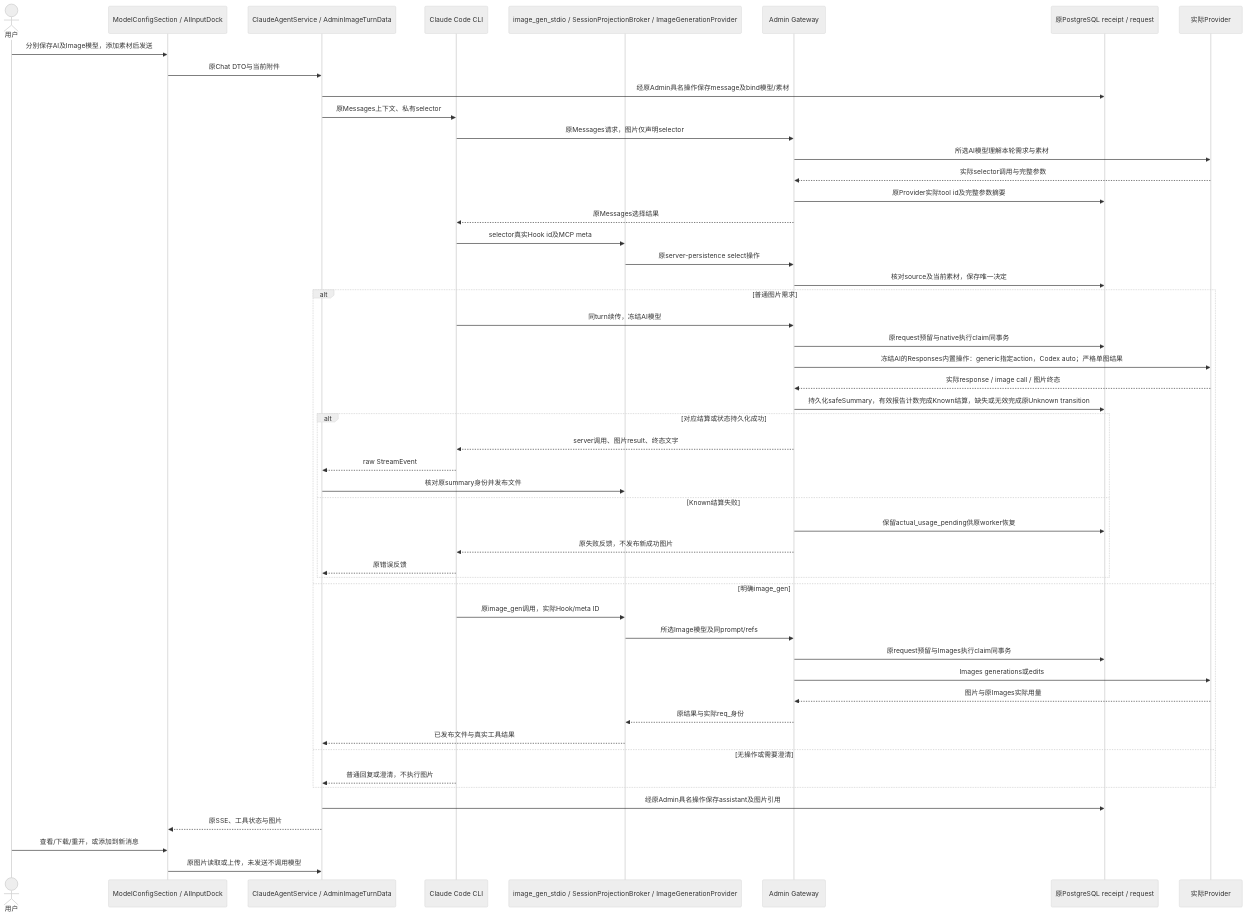
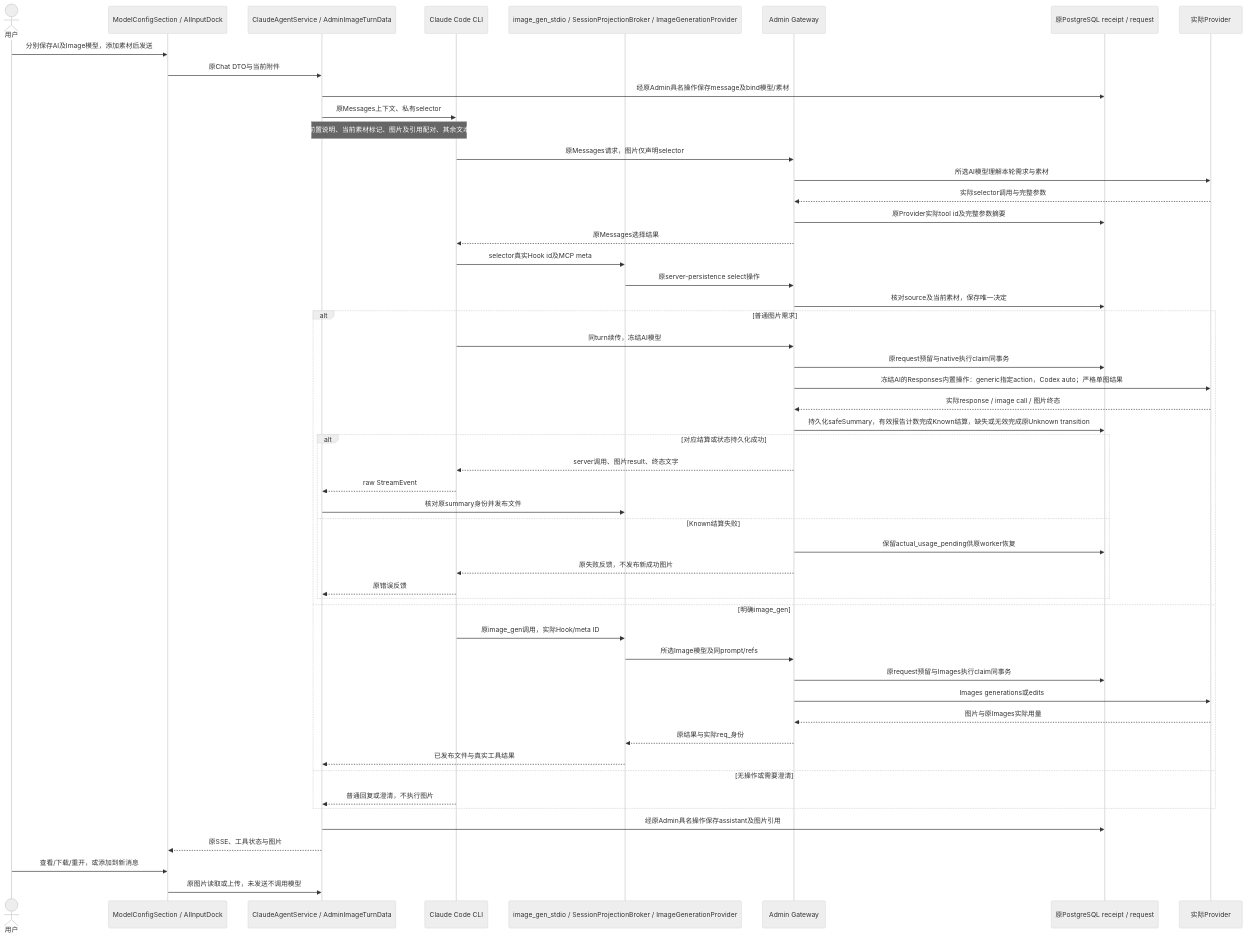
Before and after one commit to glide-the/im-dream: the fourth of 25 diagrams in docs/design/claude-agent/image-model-call-division.md, drawn with Mermaid (neutral theme). The commit also changed other lines of this file and 157 other files, not shown here.

````diff
--- a/docs/design/claude-agent/image-model-call-division.md
+++ b/docs/design/claude-agent/image-model-call-division.md
@@ -139,53 +142,54 @@
 ```mermaid
 sequenceDiagram
     actor U as 用户
     participant F as ModelConfigSection / AIInputDock
     participant S as ClaudeAgentService / AdminImageTurnData
     participant C as Claude Code CLI
     participant M as image_gen_stdio / SessionProjectionBroker / ImageGenerationProvider
     participant G as Admin Gateway
     participant D as 原PostgreSQL receipt / request
     participant P as 实际Provider
     U->>F: 分别保存AI及Image模型，添加素材后发送
     F->>S: 原Chat DTO与当前附件
     S->>D: 经原Admin具名操作保存message及bind模型/素材
     S->>C: 原Messages上下文、私有selector
+    Note over S,C: 前置说明、当前素材标记、图片及引用配对、其余文本
     C->>G: 原Messages请求，图片仅声明selector
     G->>P: 所选AI模型理解本轮需求与素材
     P-->>G: 实际selector调用与完整参数
     G->>D: 原Provider实际tool id及完整参数摘要
     G-->>C: 原Messages选择结果
     C->>M: selector真实Hook id及MCP meta
     M->>G: 原server-persistence select操作
     G->>D: 核对source及当前素材，保存唯一决定
     alt 普通图片需求
         C->>G: 同turn续传，冻结AI模型
         G->>D: 原request预留与native执行claim同事务
         G->>P: 冻结AI的Responses内置操作：generic指定action，Codex auto；严格单图结果
         P-->>G: 实际response / image call / 图片终态
         G->>D: 持久化safeSummary，有效报告计数完成Known结算，缺失或无效完成原Unknown transition
         alt 对应结算或状态持久化成功
             G-->>C: server调用、图片result、终态文字
             C-->>S: raw StreamEvent
             S->>M: 核对原summary身份并发布文件
         else Known结算失败
             G->>D: 保留actual_usage_pending供原worker恢复
             G-->>C: 原失败反馈，不发布新成功图片
             C-->>S: 原错误反馈
         end
     else 明确image_gen
         C->>M: 原image_gen调用，实际Hook/meta ID
         M->>G: 所选Image模型及同prompt/refs
         G->>D: 原request预留与Images执行claim同事务
         G->>P: Images generations或edits
         P-->>G: 图片与原Images实际用量
         G-->>M: 原结果与实际req_身份
         M-->>S: 已发布文件与真实工具结果
     else 无操作或需要澄清
         C-->>S: 普通回复或澄清，不执行图片
     end
     S->>D: 经原Admin具名操作保存assistant及图片引用
     S-->>F: 原SSE、工具状态与图片
     U->>F: 查看/下载/重开，或添加到新消息
     F->>S: 原图片读取或上传，未发送不调用模型
 ```
````
